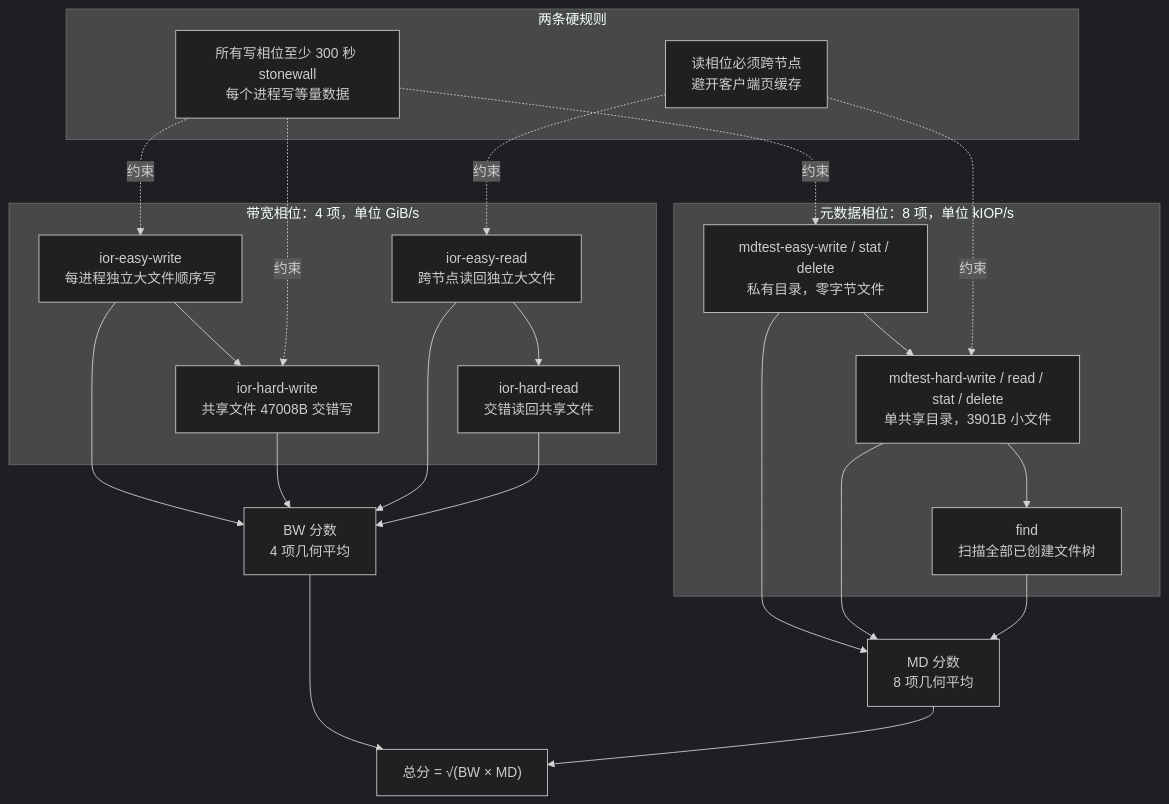
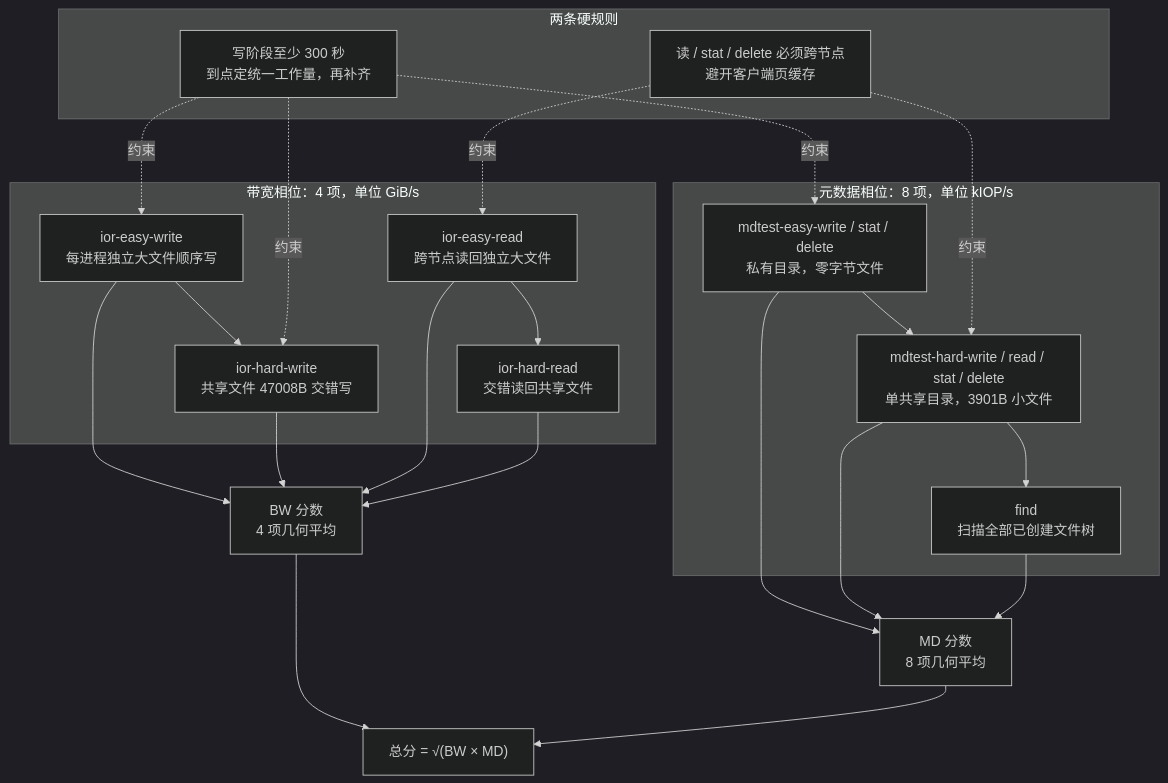
Before and after one commit to lnsyyj/lnsyyj.github.io: the second of 5 diagrams in _posts/2026-11-10-daos-performance-io500-analysis.md, drawn with Mermaid (dark theme). The commit also changed other lines of this file, not shown here.

Commit message:
Explain MPI rank and IO500 stonewall wear-out in DAOS performance article

````diff
--- a/_posts/2026-11-10-daos-performance-io500-analysis.md
+++ b/_posts/2026-11-10-daos-performance-io500-analysis.md
@@ -93,35 +95,35 @@
 ```mermaid
 flowchart TB
     subgraph BWP["带宽相位：4 项，单位 GiB/s"]
         I1["ior-easy-write<br/>每进程独立大文件顺序写"]
         I2["ior-hard-write<br/>共享文件 47008B 交错写"]
         I3["ior-easy-read<br/>跨节点读回独立大文件"]
         I4["ior-hard-read<br/>交错读回共享文件"]
         I1 --> I2
         I3 --> I4
     end
     subgraph MDP["元数据相位：8 项，单位 kIOP/s"]
         M1["mdtest-easy-write / stat / delete<br/>私有目录，零字节文件"]
         M2["mdtest-hard-write / read / stat / delete<br/>单共享目录，3901B 小文件"]
         M3["find<br/>扫描全部已创建文件树"]
         M1 --> M2 --> M3
     end
     subgraph RULES["两条硬规则"]
-        R1["所有写相位至少 300 秒 stonewall<br/>每个进程写等量数据"]
-        R2["读相位必须跨节点<br/>避开客户端页缓存"]
+        R1["写阶段至少 300 秒<br/>到点定统一工作量，再补齐"]
+        R2["读 / stat / delete 必须跨节点<br/>避开客户端页缓存"]
     end
     R1 -.->|"约束"| I1
     R1 -.->|"约束"| I2
     R1 -.->|"约束"| M1
     R2 -.->|"约束"| I3
     R2 -.->|"约束"| M2
     I1 --> BW["BW 分数<br/>4 项几何平均"]
     I2 --> BW
     I3 --> BW
     I4 --> BW
     M1 --> MDS["MD 分数<br/>8 项几何平均"]
     M2 --> MDS
     M3 --> MDS
     BW --> SCORE["总分 = √(BW × MD)"]
     MDS --> SCORE
 ```
````
